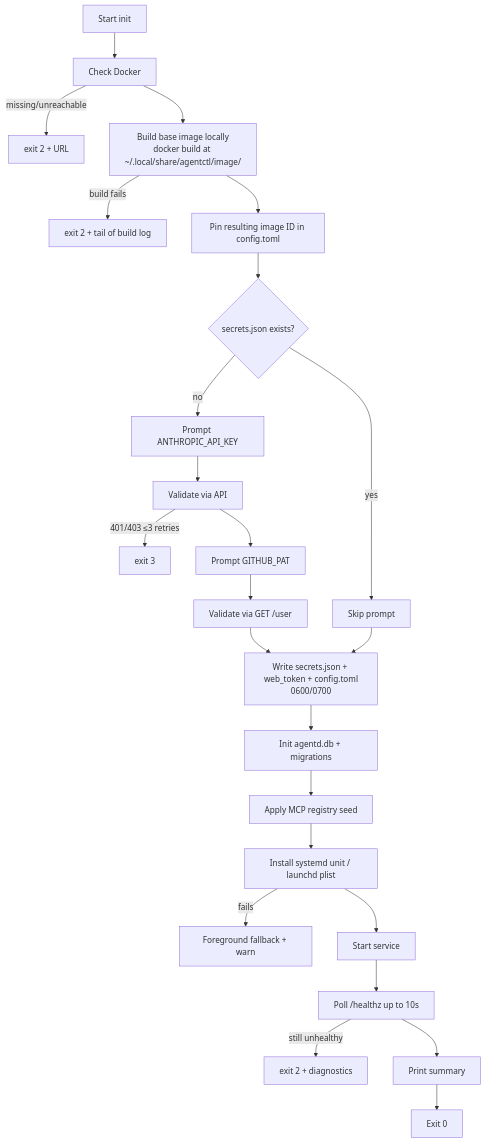
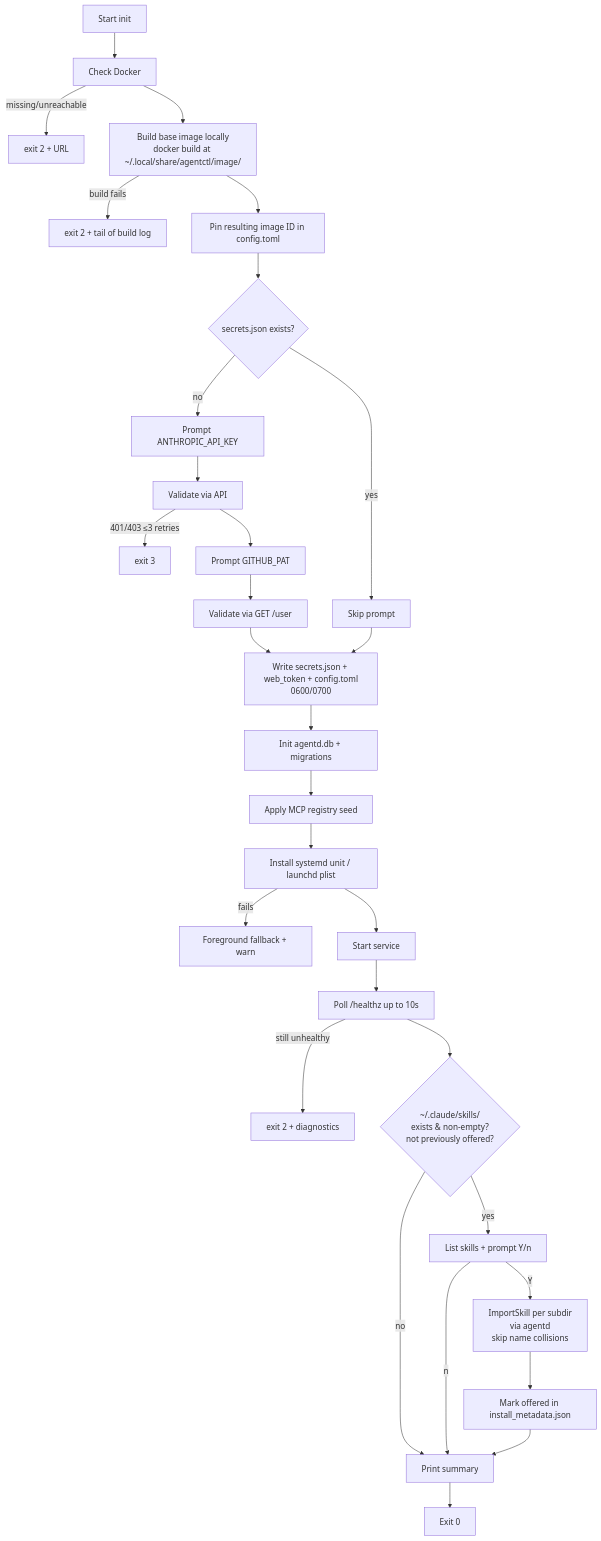
The diagram in architecture/install-and-update.md (vipulsodha15/agentctl), drawn with Mermaid before and after one commit. The commit also changed other lines of this file and 2 other files, not shown here.

````diff
--- a/architecture/install-and-update.md
+++ b/architecture/install-and-update.md
@@ -148,26 +163,32 @@
 ```mermaid
 flowchart TD
   A[Start init] --> B[Check Docker]
   B -- "missing/unreachable" --> Bx[exit 2 + URL]
   B --> C[Build base image locally<br/>docker build at ~/.local/share/agentctl/image/]
   C -- "build fails" --> Cx[exit 2 + tail of build log]
   C --> D[Pin resulting image ID in config.toml]
   D --> E{secrets.json exists?}
   E -- "no" --> F[Prompt ANTHROPIC_API_KEY]
   E -- "yes" --> G[Skip prompt]
   F --> F1[Validate via API]
   F1 -- "401/403 ≤3 retries" --> Fx[exit 3]
   F1 --> H[Prompt GITHUB_PAT]
   H --> H1[Validate via GET /user]
   H1 --> I[Write secrets.json + web_token + config.toml<br/>0600/0700]
   G --> I
   I --> J[Init agentd.db + migrations]
   J --> K[Apply MCP registry seed]
   K --> L[Install systemd unit / launchd plist]
   L -- "fails" --> Lx[Foreground fallback + warn]
   L --> M[Start service]
   M --> N[Poll /healthz up to 10s]
   N -- "still unhealthy" --> Nx[exit 2 + diagnostics]
-  N --> O[Print summary]
+  N --> P{~/.claude/skills/<br/>exists & non-empty?<br/>not previously offered?}
+  P -- "no" --> O[Print summary]
+  P -- "yes" --> Q[List skills + prompt Y/n]
+  Q -- "n" --> O
+  Q -- "Y" --> R[ImportSkill per subdir<br/>via agentd<br/>skip name collisions]
+  R --> S[Mark offered in install_metadata.json]
+  S --> O
   O --> Z[Exit 0]
 ```
````
